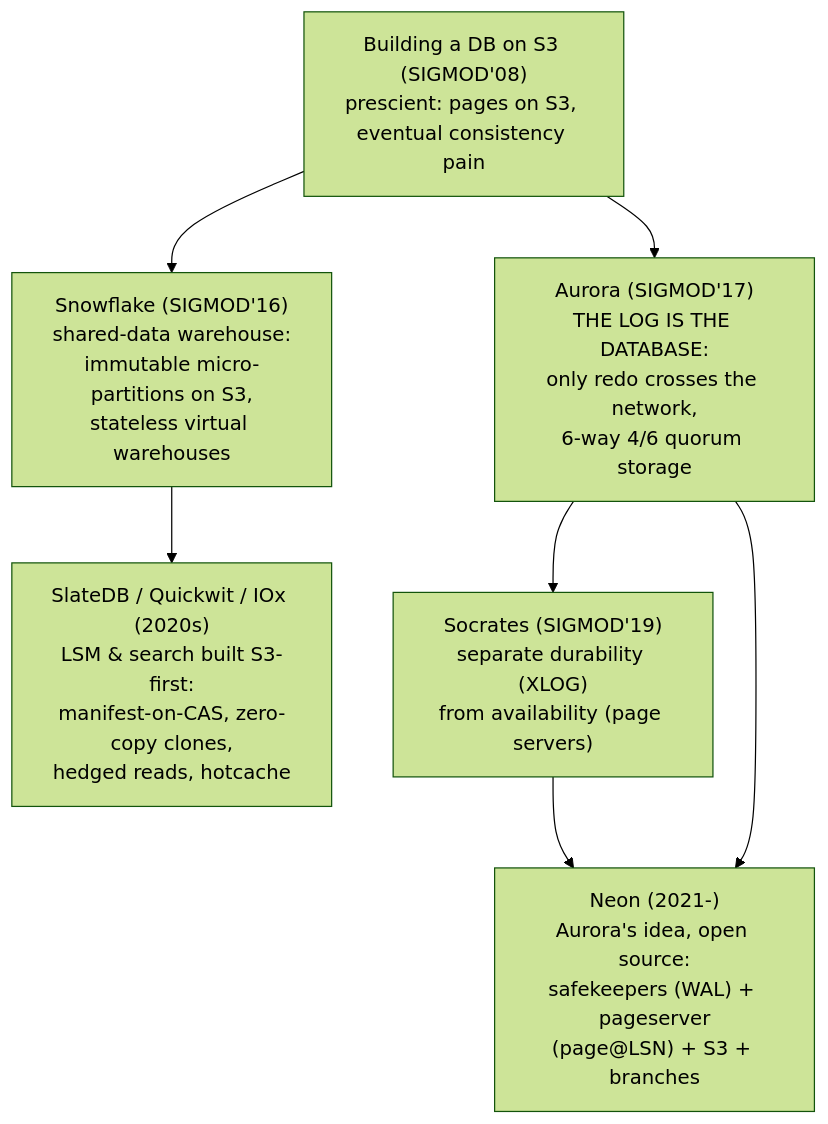
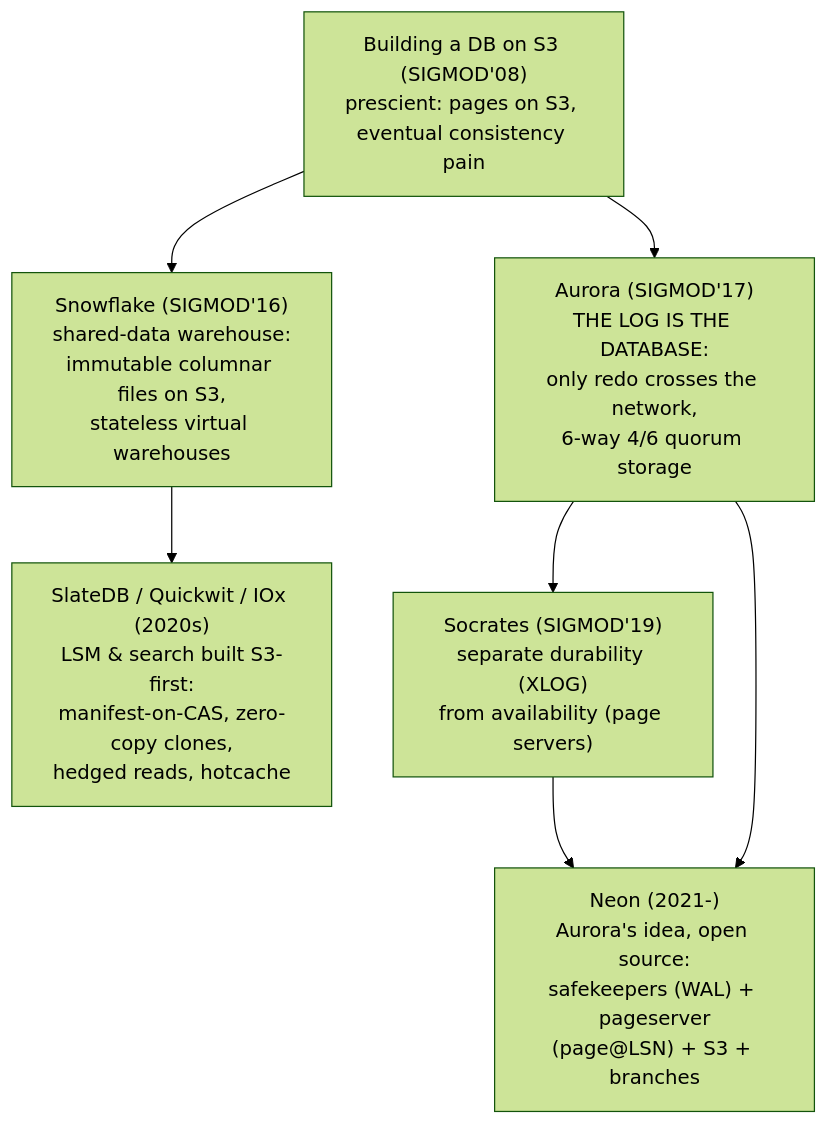
One commit to AviAvni/database-learning-path changed the diagram in topics/28-cloud-native/README.md. Above: the diagram before and after it, drawn with Mermaid (forest theme). The commit also changed other lines of this file and 5 other files, not shown here.

````diff
--- a/topics/28-cloud-native/README.md
+++ b/topics/28-cloud-native/README.md
@@ -30,15 +30,15 @@
 ```mermaid
 graph TD
     S3paper["Building a DB on S3 (SIGMOD'08)<br/>prescient: pages on S3, eventual consistency pain"]
-    SF["Snowflake (SIGMOD'16)<br/>shared-data warehouse:<br/>immutable micro-partitions on S3,<br/>stateless virtual warehouses"]
+    SF["Snowflake (SIGMOD'16)<br/>shared-data warehouse:<br/>immutable columnar files on S3,<br/>stateless virtual warehouses"]
     AUR["Aurora (SIGMOD'17)<br/>THE LOG IS THE DATABASE:<br/>only redo crosses the network,<br/>6-way 4/6 quorum storage"]
     SOC["Socrates (SIGMOD'19)<br/>separate durability (XLOG)<br/>from availability (page servers)"]
     NEON["Neon (2021-)<br/>Aurora's idea, open source:<br/>safekeepers (WAL) + pageserver<br/>(page@LSN) + S3 + branches"]
     SLATE["SlateDB / Quickwit / IOx (2020s)<br/>LSM & search built S3-first:<br/>manifest-on-CAS, zero-copy clones,<br/>hedged reads, hotcache"]
     S3paper --> SF
     S3paper --> AUR
     AUR --> SOC
     AUR --> NEON
     SF --> SLATE
     SOC --> NEON
 ```
````
